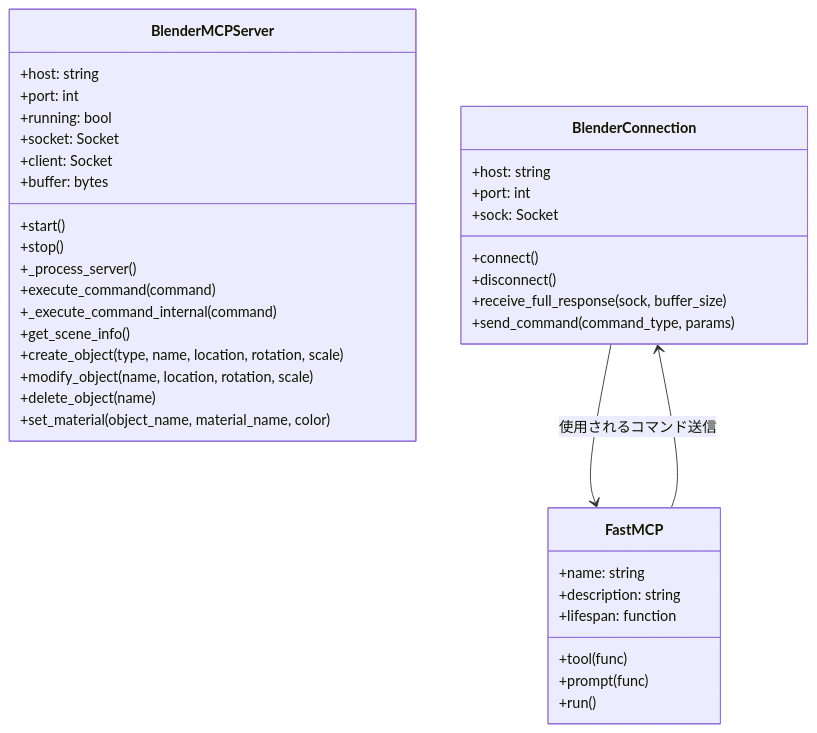
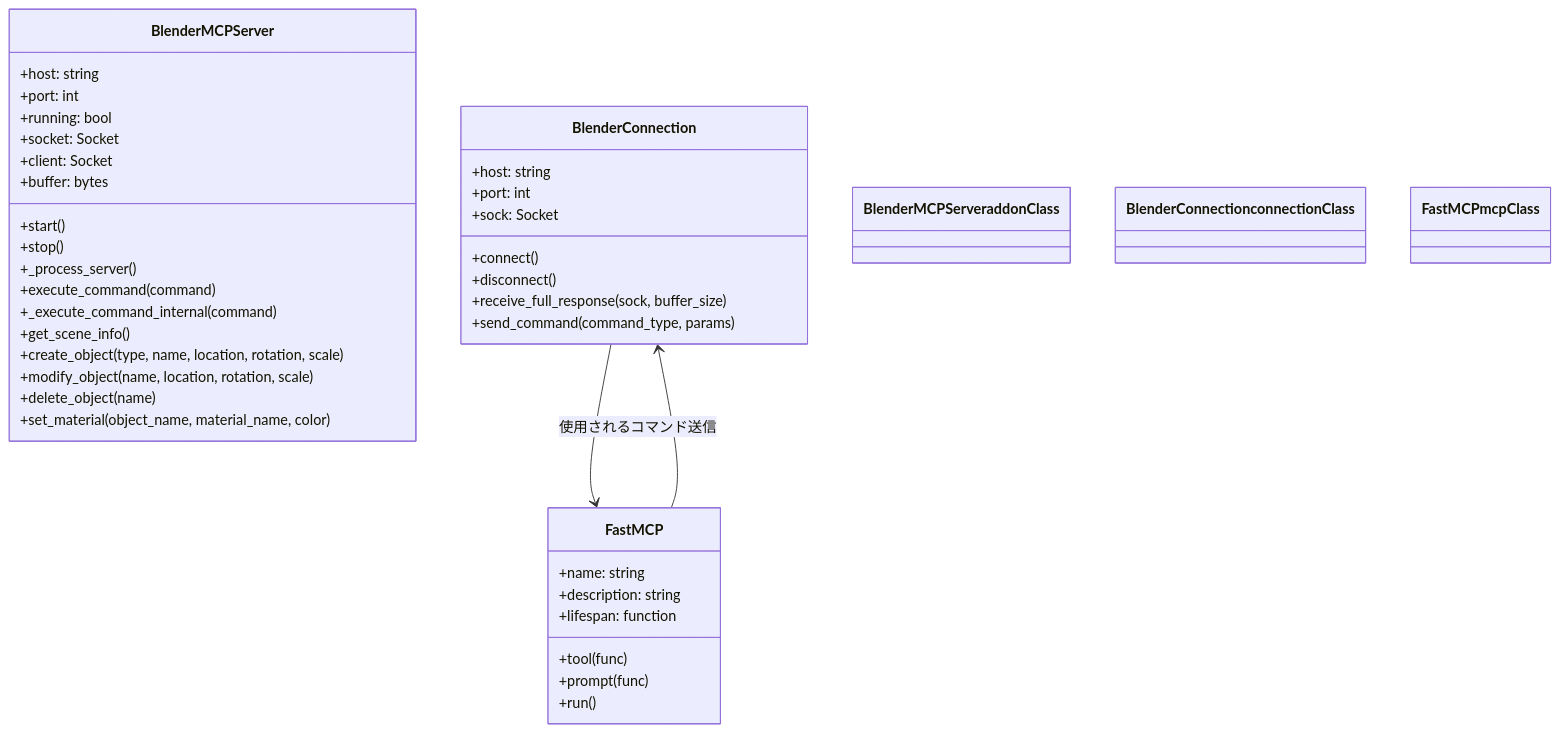
One commit to YUiCHI-Ai/blender-mcp_Analysis changed the second of 3 diagrams in blender-mcp-analysis-with-uml.md. Above: the diagram before and after it, drawn with Mermaid. The commit also changed other lines of this file, not shown here.

````diff
--- a/blender-mcp-analysis-with-uml.md
+++ b/blender-mcp-analysis-with-uml.md
@@ -42,43 +58,54 @@
 ```mermaid
 classDiagram
+    %% クラスのスタイル定義
+    classDef addonClass fill:#ffcdb2,stroke:#ffb4a2,color:#333
+    classDef connectionClass fill:#b5ead7,stroke:#78c6a3,color:#333
+    classDef mcpClass fill:#c7ceea,stroke:#9face6,color:#333
+
     class BlenderMCPServer {
         +host: string
         +port: int
         +running: bool
         +socket: Socket
         +client: Socket
         +buffer: bytes
         +start()
         +stop()
         +_process_server()
         +execute_command(command)
         +_execute_command_internal(command)
         +get_scene_info()
         +create_object(type, name, location, rotation, scale)
         +modify_object(name, location, rotation, scale)
         +delete_object(name)
         +set_material(object_name, material_name, color)
     }
     
     class BlenderConnection {
         +host: string
         +port: int
         +sock: Socket
         +connect()
         +disconnect()
         +receive_full_response(sock, buffer_size)
         +send_command(command_type, params)
     }
     
     class FastMCP {
         +name: string
         +description: string
         +lifespan: function
         +tool(func)
         +prompt(func)
         +run()
     }
     
+    %% 関係の色付け
     BlenderConnection --> FastMCP : 使用される
     FastMCP --> BlenderConnection : コマンド送信
+    
+    %% クラスへのスタイル適用
+    class BlenderMCPServer addonClass
+    class BlenderConnection connectionClass
+    class FastMCP mcpClass
 ```
````
